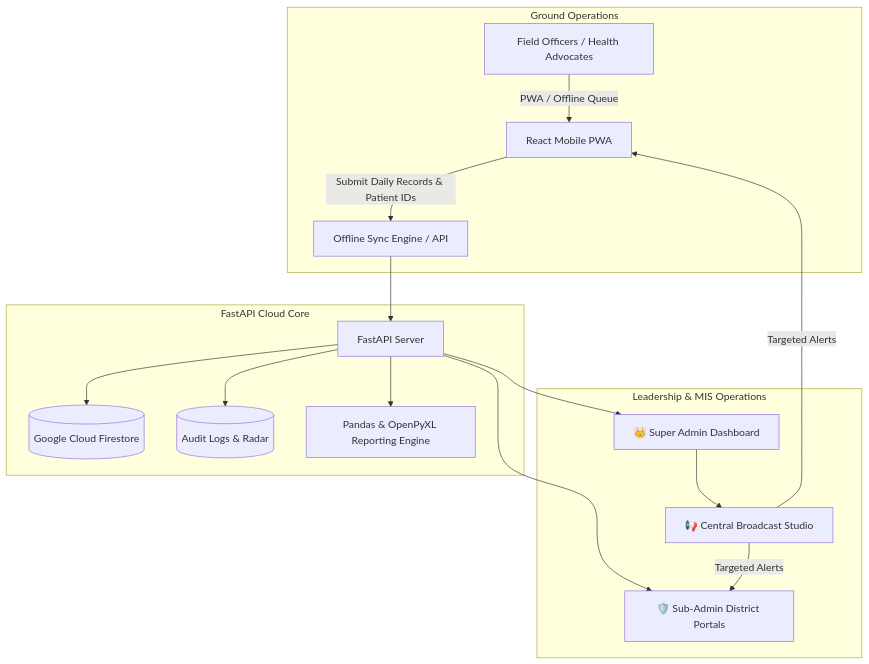
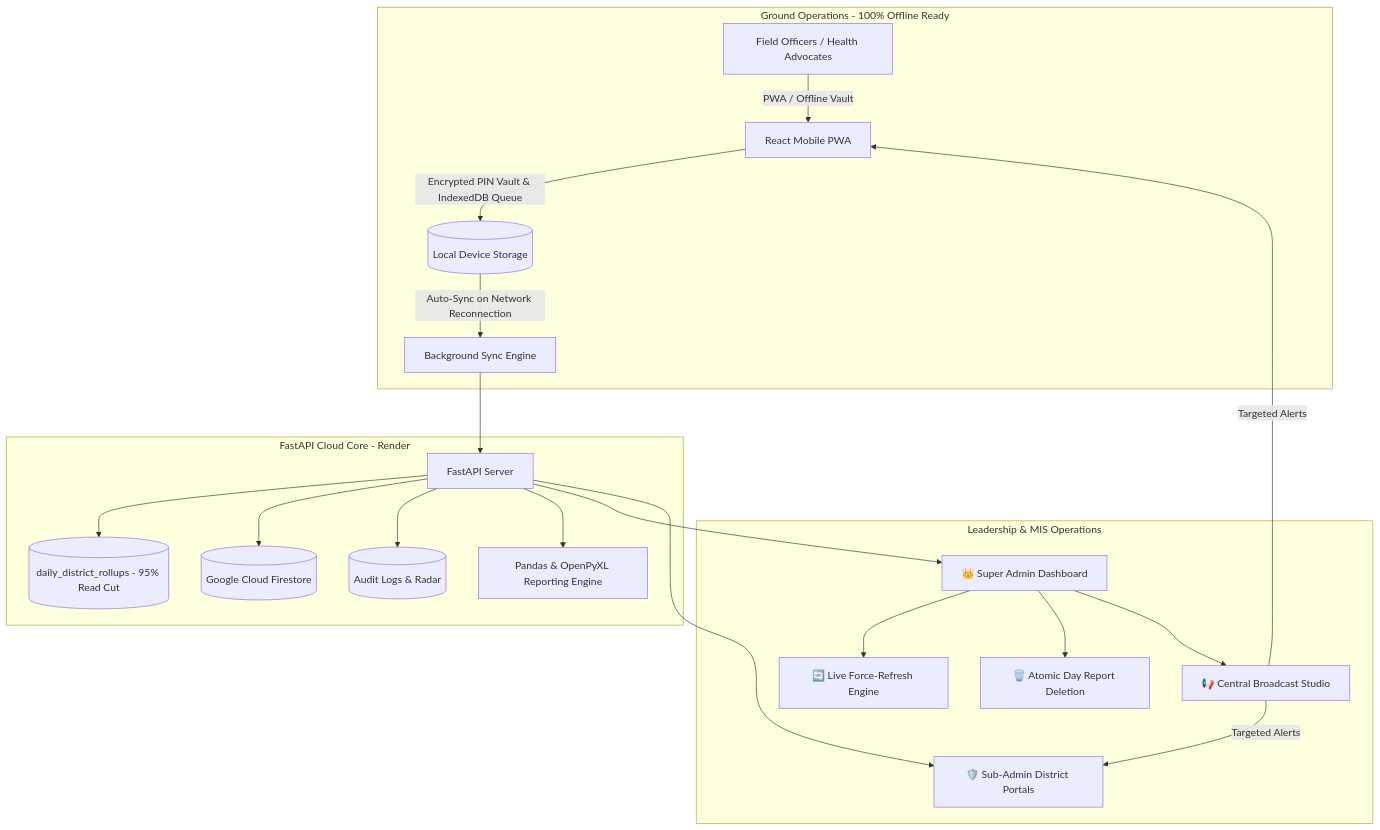
One commit to evilsaurav/dfy-mis-app changed the diagram in README.md. Above: the diagram before and after it, drawn with Mermaid. The commit also changed other lines of this file and 2 other files, not shown here.

Commit message:
docs: update ARCHITECTURE.md, DESIGN.md, and README.md with offline PIN, morning rollover, force-refresh, rollups, and day deletion

````diff
--- a/README.md
+++ b/README.md
@@ -49,22 +50,26 @@
 ```mermaid
 flowchart TD
-    subgraph Ground_Level [Ground Operations]
-        FO[Field Officers / Health Advocates] -->|PWA / Offline Queue| App[React Mobile PWA]
-        App -->|Submit Daily Records & Patient IDs| Sync[Offline Sync Engine / API]
+    subgraph Ground_Level [Ground Operations - 100% Offline Ready]
+        FO[Field Officers / Health Advocates] -->|PWA / Offline Vault| App[React Mobile PWA]
+        App -->|Encrypted PIN Vault & IndexedDB Queue| LocalStore[(Local Device Storage)]
+        LocalStore -->|Auto-Sync on Network Reconnection| Sync[Background Sync Engine]
     end
 
-    subgraph Backend_Cloud [FastAPI Cloud Core]
+    subgraph Backend_Cloud [FastAPI Cloud Core - Render]
         Sync --> API[FastAPI Server]
+        API --> Rollups[(daily_district_rollups - 95% Read Cut)]
         API --> DB[(Google Cloud Firestore)]
         API --> Audit[(Audit Logs & Radar)]
         API --> ExcelEngine[Pandas & OpenPyXL Reporting Engine]
     end
 
     subgraph Leadership_Portal [Leadership & MIS Operations]
         API --> SA[👑 Super Admin Dashboard]
         API --> SubA[🛡️ Sub-Admin District Portals]
+        SA --> ForceRef[🔄 Live Force-Refresh Engine]
+        SA --> DelReport[🗑️ Atomic Day Report Deletion]
         SA --> Broadcast[📢 Central Broadcast Studio]
         Broadcast -->|Targeted Alerts| App
         Broadcast -->|Targeted Alerts| SubA
     end
 ```
````
